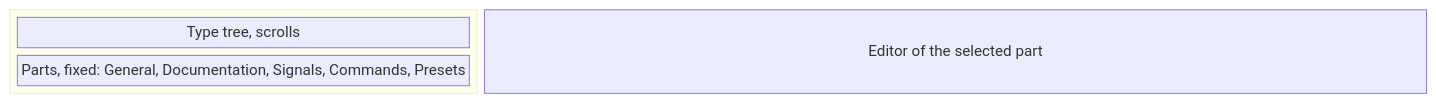
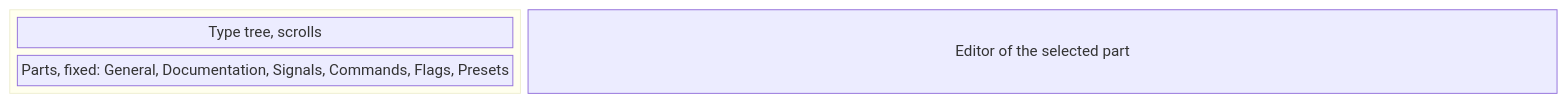
The eighth of 12 diagrams in metadata/01-types.md (AlexandreGallais/synoptic-studio-spec), drawn with Mermaid before and after one commit. The commit also changed other lines of this file and 9 other files, not shown here.

````diff
--- a/metadata/01-types.md
+++ b/metadata/01-types.md
@@ -152,10 +154,10 @@
 ```mermaid
 block-beta
     columns 3
     block:left
         columns 1
         tree["Type tree, scrolls"]
-        parts["Parts, fixed: General, Documentation, Signals, Commands, Presets"]
+        parts["Parts, fixed: General, Documentation, Signals, Commands, Flags, Presets"]
     end
     editor["Editor of the selected part"]:2
 ```
````
